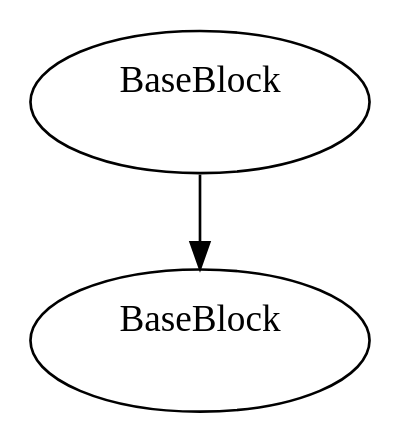
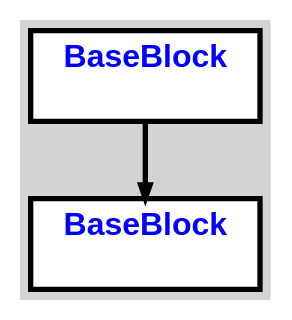
The diagram in cpoCompilerWin/cfgi1.dot (aveen007/CountingMonkeys), drawn with Graphviz before and after one commit. The commit also changed 5 other files, not shown here.

```diff
--- a/cpoCompilerWin/cfgi1.dot
+++ b/cpoCompilerWin/cfgi1.dot
@@ -1,5 +1,10 @@
 digraph G {
-    n000001C75728C6E0 [label="BaseBlock\n "]
-    n000001C75728C6E0 -> n000001C75728CFA0
-    n000001C75728CFA0 [label="BaseBlock\n "]
+ordering=out;
+ranksep=.4;
+bgcolor="lightgrey";  node [shape=box, fixedsize=false, fontsize=12, fontname="Helvetica-bold", fontcolor="blue"
+width=.25, height=.25, color="black", fillcolor="white", style="filled, solid, bold"];
+
+edge [arrowsize=.5, color="black", style="bold"]    n000001FBE178C580 [label="BaseBlock\n "]
+    n000001FBE178C580 -> n000001FBE178C5F0
+    n000001FBE178C5F0 [label="BaseBlock\n "]
 }
```
